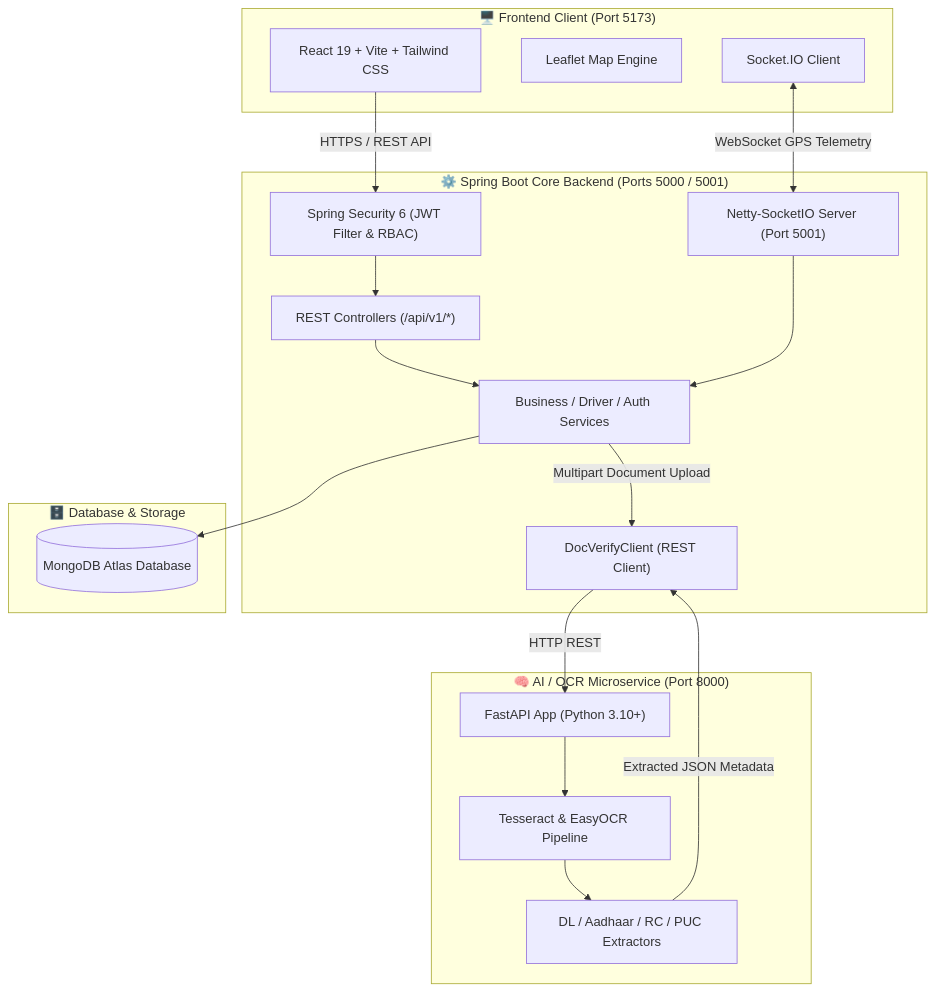
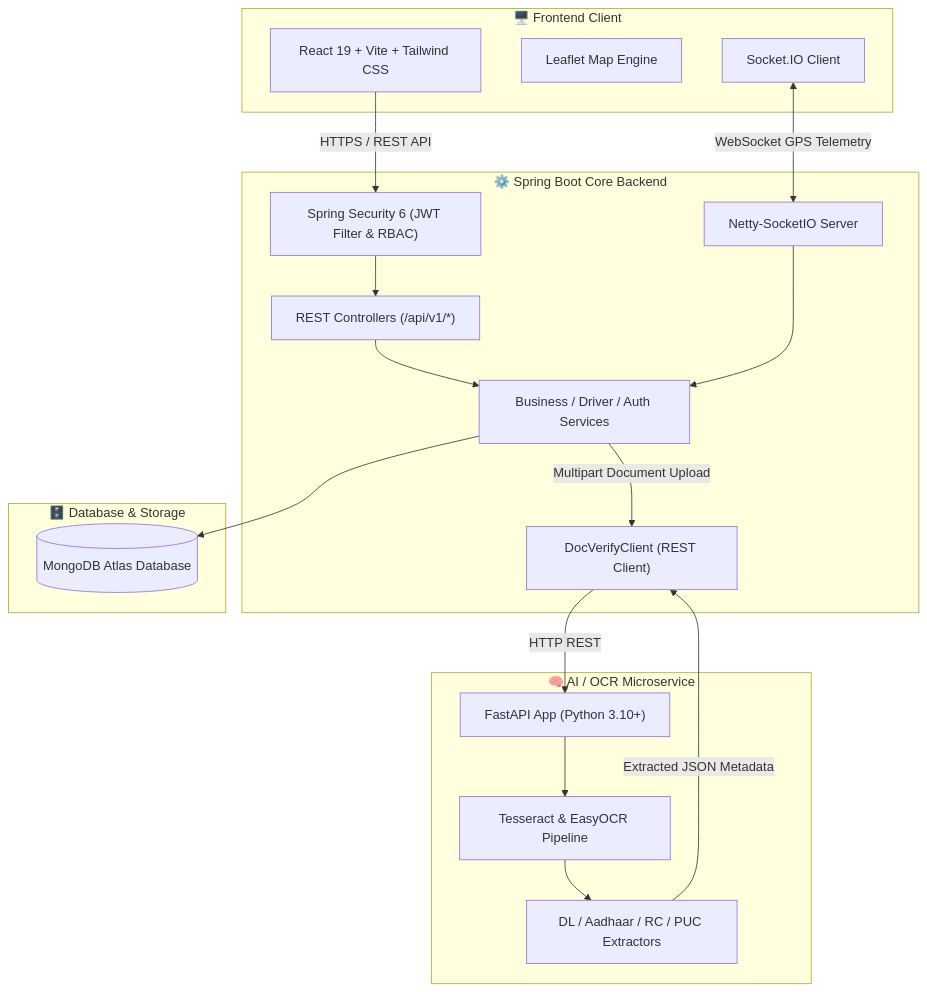
Before and after one commit to suyogpunde0411/smart-logistics: the diagram in README.md, drawn with Mermaid. The commit also changed other lines of this file, not shown here.

````diff
--- a/README.md
+++ b/README.md
@@ -87,42 +74,42 @@
 ```mermaid
 flowchart TD
-    subgraph ClientLayer["🖥️ Frontend Client (Port 5173)"]
+    subgraph ClientLayer["🖥️ Frontend Client"]
         UI["React 19 + Vite + Tailwind CSS"]
         LeafletMap["Leaflet Map Engine"]
         SocketClient["Socket.IO Client"]
     end
 
-    subgraph BackendLayer["⚙️ Spring Boot Core Backend (Ports 5000 / 5001)"]
+    subgraph BackendLayer["⚙️ Spring Boot Core Backend"]
         Security["Spring Security 6 (JWT Filter & RBAC)"]
         RESTControllers["REST Controllers (/api/v1/*)"]
-        NettySocket["Netty-SocketIO Server (Port 5001)"]
+        NettySocket["Netty-SocketIO Server"]
         Services["Business / Driver / Auth Services"]
         DocClient["DocVerifyClient (REST Client)"]
     end
 
-    subgraph AIServiceLayer["🧠 AI / OCR Microservice (Port 8000)"]
+    subgraph AIServiceLayer["🧠 AI / OCR Microservice"]
         FastAPI["FastAPI App (Python 3.10+)"]
         OCREngine["Tesseract & EasyOCR Pipeline"]
         DocExtractors["DL / Aadhaar / RC / PUC Extractors"]
     end
 
     subgraph DatabaseLayer["🗄️ Database & Storage"]
         MongoDB[("MongoDB Atlas Database")]
     end
 
     %% Client Interactions
     UI -->|HTTPS / REST API| Security
     Security --> RESTControllers
     RESTControllers --> Services
     Services --> MongoDB
     
     SocketClient <-->|WebSocket GPS Telemetry| NettySocket
     NettySocket --> Services
     
     %% AI Verification Flow
     Services -->|Multipart Document Upload| DocClient
     DocClient -->|HTTP REST| FastAPI
     FastAPI --> OCREngine
     OCREngine --> DocExtractors
     DocExtractors -->|Extracted JSON Metadata| DocClient
 ```
````
